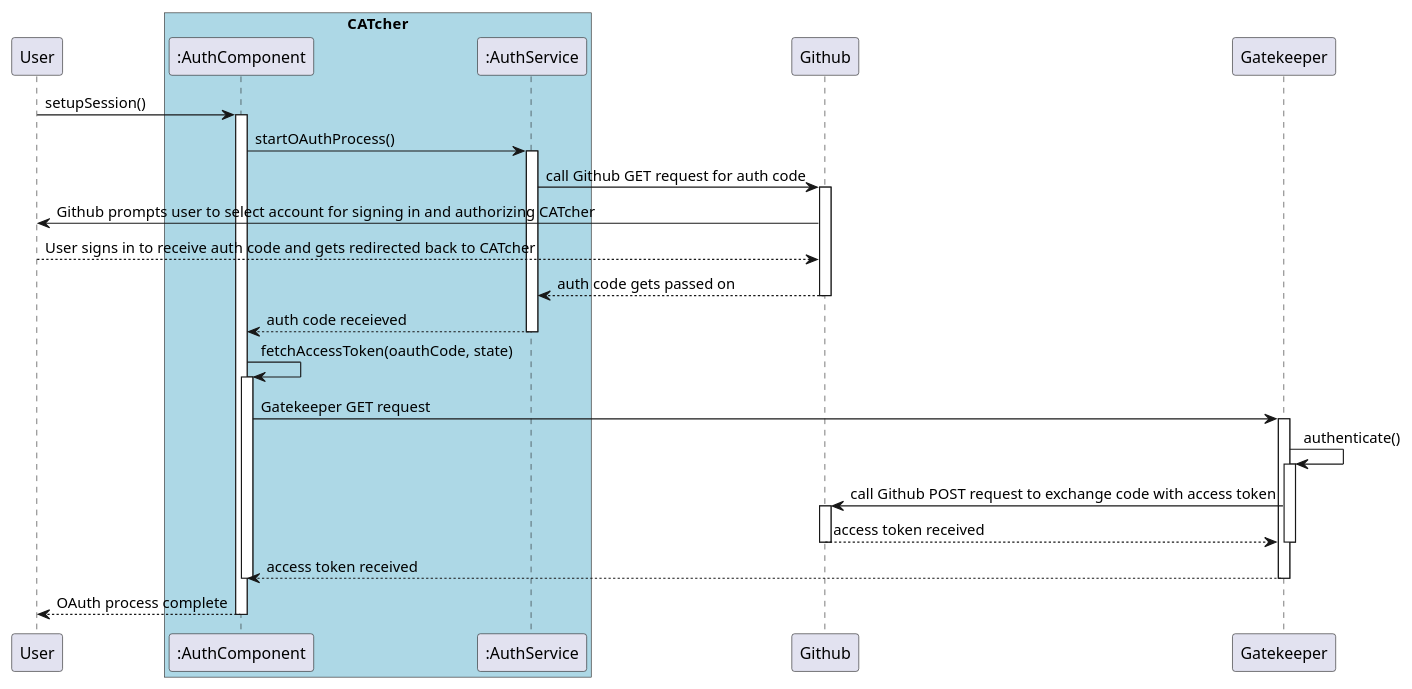
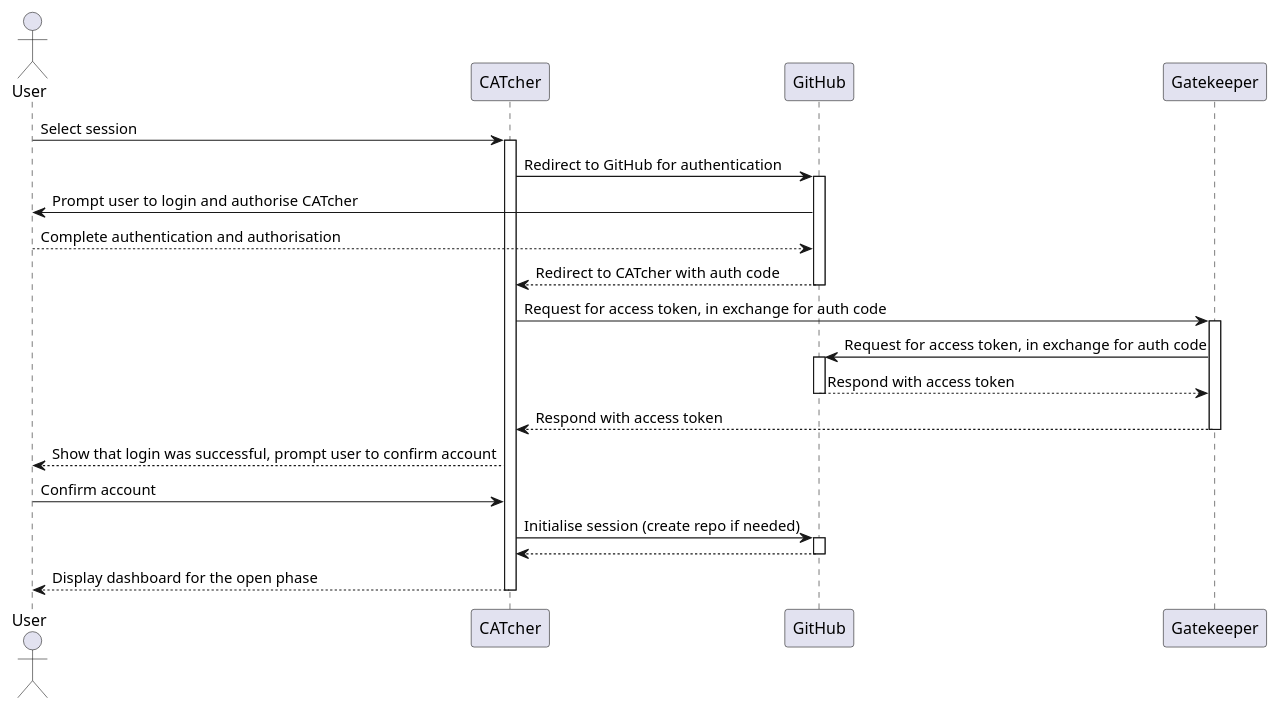
The diagram in uml/oauth-flow.puml (CATcher-org/catcher-org.github.io), drawn with PlantUML before and after one commit. The commit also changed 1 other file, not shown here.

Commit message:
Update PlantUML

```diff
--- a/uml/oauth-flow.puml
+++ b/uml/oauth-flow.puml
@@ -1,47 +1,38 @@
 @startuml
-participant User
-box "CATcher" #LightBlue
-participant ":AuthComponent" as AuthComponent
-participant ":AuthService" as AuthService
-end box
+Actor User
+Participant CATcher
 
-User -> AuthComponent: setupSession()
+User -> CATcher: Select session
 
-activate AuthComponent
+activate CATcher
 
-AuthComponent -> AuthService: startOAuthProcess()
+CATcher -> GitHub: Redirect to GitHub for authentication
+activate GitHub
 
-activate AuthService
+GitHub -> User: Prompt user to login and authorise CATcher
+User --> GitHub: Complete authentication and authorisation
 
-AuthService -> Github: call Github GET request for auth code
-activate Github
+GitHub --> CATcher: Redirect to CATcher with auth code
+deactivate GitHub
 
-Github -> User: Github prompts user to select account for signing in and authorizing CATcher
-User --> Github: User signs in to receive auth code and gets redirected back to CATcher
-
-Github --> AuthService: auth code gets passed on
-deactivate Github
-AuthService --> AuthComponent: auth code receieved
-deactivate AuthService
-
-AuthComponent -> AuthComponent: fetchAccessToken(oauthCode, state)
-activate AuthComponent
-AuthComponent -> Gatekeeper: Gatekeeper GET request
+CATcher -> Gatekeeper: Request for access token, in exchange for auth code
 
 activate Gatekeeper
-Gatekeeper -> Gatekeeper: authenticate()
-activate Gatekeeper
-Gatekeeper -> Github: call Github POST request to exchange code with access token
-activate Github
-Github --> Gatekeeper: access token received
+Gatekeeper -> GitHub: Request for access token, in exchange for auth code
+activate GitHub
+GitHub --> Gatekeeper: Respond with access token
+deactivate GitHub
+
+Gatekeeper --> CATcher: Respond with access token
 deactivate Gatekeeper
-deactivate Github
 
-Gatekeeper --> AuthComponent: access token received
-deactivate Gatekeeper
-deactivate AuthComponent
-
-AuthComponent--> User: OAuth process complete
-deactivate AuthComponent
+CATcher --> User: Show that login was successful, prompt user to confirm account
+User -> CATcher: Confirm account
+CATcher -> GitHub: Initialise session (create repo if needed)
+activate GitHub
+GitHub --> CATcher
+deactivate GitHub
+CATcher --> User: Display dashboard for the open phase
+deactivate CATcher
 deactivate User
 @enduml
```
